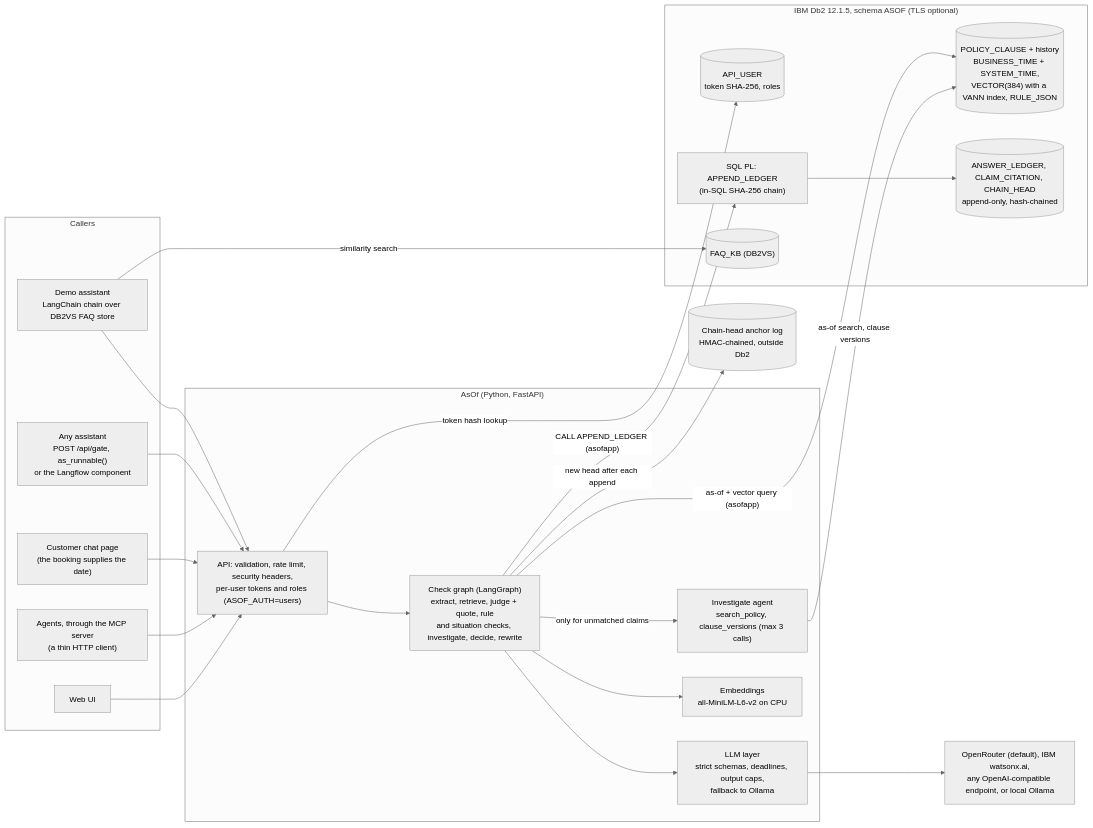
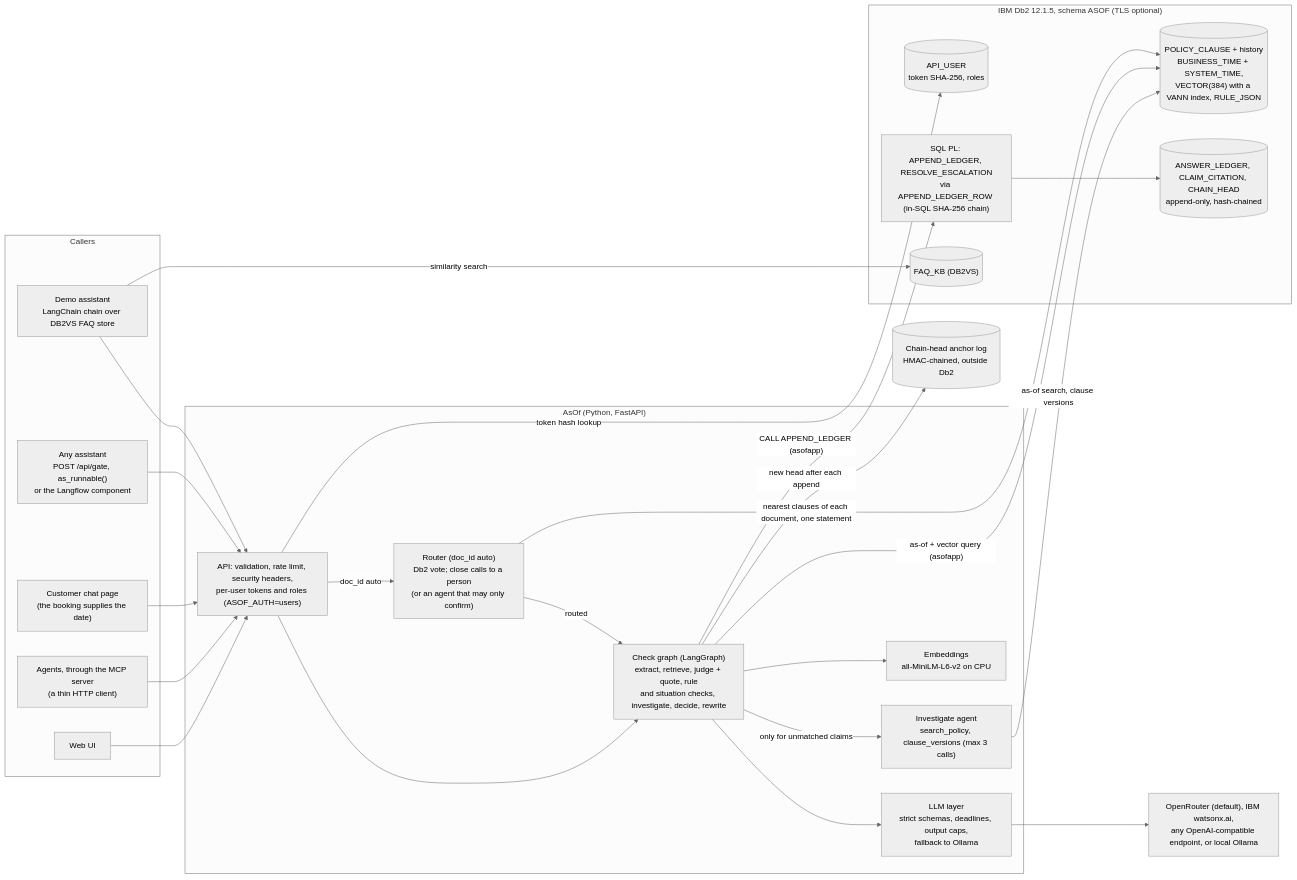
One commit to KunalGolaIBM/IBM_Db2_TechX_Project_Submission changed the first of 4 diagrams in submissions/asof/architecture.md. Above: the diagram before and after it, drawn with Mermaid (neutral theme). The commit also changed other lines of this file and 8 other files, not shown here.

````diff
--- a/submissions/asof/architecture.md
+++ b/submissions/asof/architecture.md
@@ -19,45 +21,49 @@
 ```mermaid
 flowchart LR
     subgraph Callers
         BOT["Demo assistant<br/>LangChain chain over DB2VS FAQ store"]
         APP["Any assistant<br/>POST /api/gate, as_runnable()<br/>or the Langflow component"]
         CHAT["Customer chat page<br/>(the booking supplies the date)"]
         MCP["Agents, through the MCP server<br/>(a thin HTTP client)"]
         UI["Web UI"]
     end
 
     subgraph AsOf["AsOf (Python, FastAPI)"]
         API["API: validation, rate limit, security headers,<br/>per-user tokens and roles (ASOF_AUTH=users)"]
+        ROUTER["Router (doc_id auto)<br/>Db2 vote; close calls to a person<br/>(or an agent that may only confirm)"]
         GATE["Check graph (LangGraph)<br/>extract, retrieve, judge + quote, rule<br/>and situation checks, investigate, decide, rewrite"]
         AGENT["Investigate agent<br/>search_policy, clause_versions (max 3 calls)"]
         LLM["LLM layer<br/>strict schemas, deadlines, output caps,<br/>fallback to Ollama"]
         EMB["Embeddings<br/>all-MiniLM-L6-v2 on CPU"]
     end
 
     PROVIDER["OpenRouter (default), IBM watsonx.ai,<br/>any OpenAI-compatible endpoint, or local Ollama"]
     ANCHOR[("Chain-head anchor log<br/>HMAC-chained, outside Db2")]
 
     subgraph DB2["IBM Db2 12.1.5, schema ASOF (TLS optional)"]
         USERS[("API_USER<br/>token SHA-256, roles")]
         PC[("POLICY_CLAUSE + history<br/>BUSINESS_TIME + SYSTEM_TIME,<br/>VECTOR(384) with a VANN index, RULE_JSON")]
-        PROCS["SQL PL: APPEND_LEDGER<br/>(in-SQL SHA-256 chain)"]
+        PROCS["SQL PL: APPEND_LEDGER, RESOLVE_ESCALATION<br/>via APPEND_LEDGER_ROW (in-SQL SHA-256 chain)"]
         LED[("ANSWER_LEDGER, CLAIM_CITATION, CHAIN_HEAD<br/>append-only, hash-chained")]
         FAQ[("FAQ_KB (DB2VS)")]
     end
 
     BOT --> API
     APP --> API
     CHAT --> API
     MCP --> API
     UI --> API
     API -- "token hash lookup" --> USERS
+    API -- "doc_id auto" --> ROUTER
+    ROUTER -- "nearest clauses of each document, one statement" --> PC
+    ROUTER -- "routed" --> GATE
     API --> GATE
     GATE --> LLM --> PROVIDER
     GATE --> EMB
     GATE -- "as-of + vector query (asofapp)" --> PC
     GATE -- "only for unmatched claims" --> AGENT
     AGENT -- "as-of search, clause versions" --> PC
     GATE -- "CALL APPEND_LEDGER (asofapp)" --> PROCS --> LED
     GATE -- "new head after each append" --> ANCHOR
     BOT -- "similarity search" --> FAQ
 ```
````
